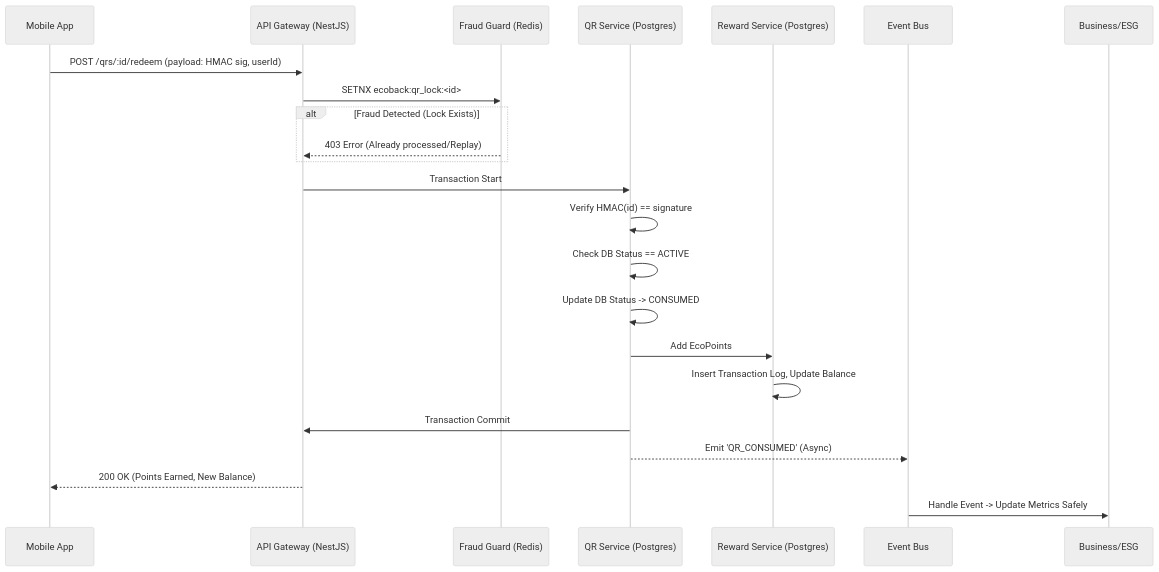
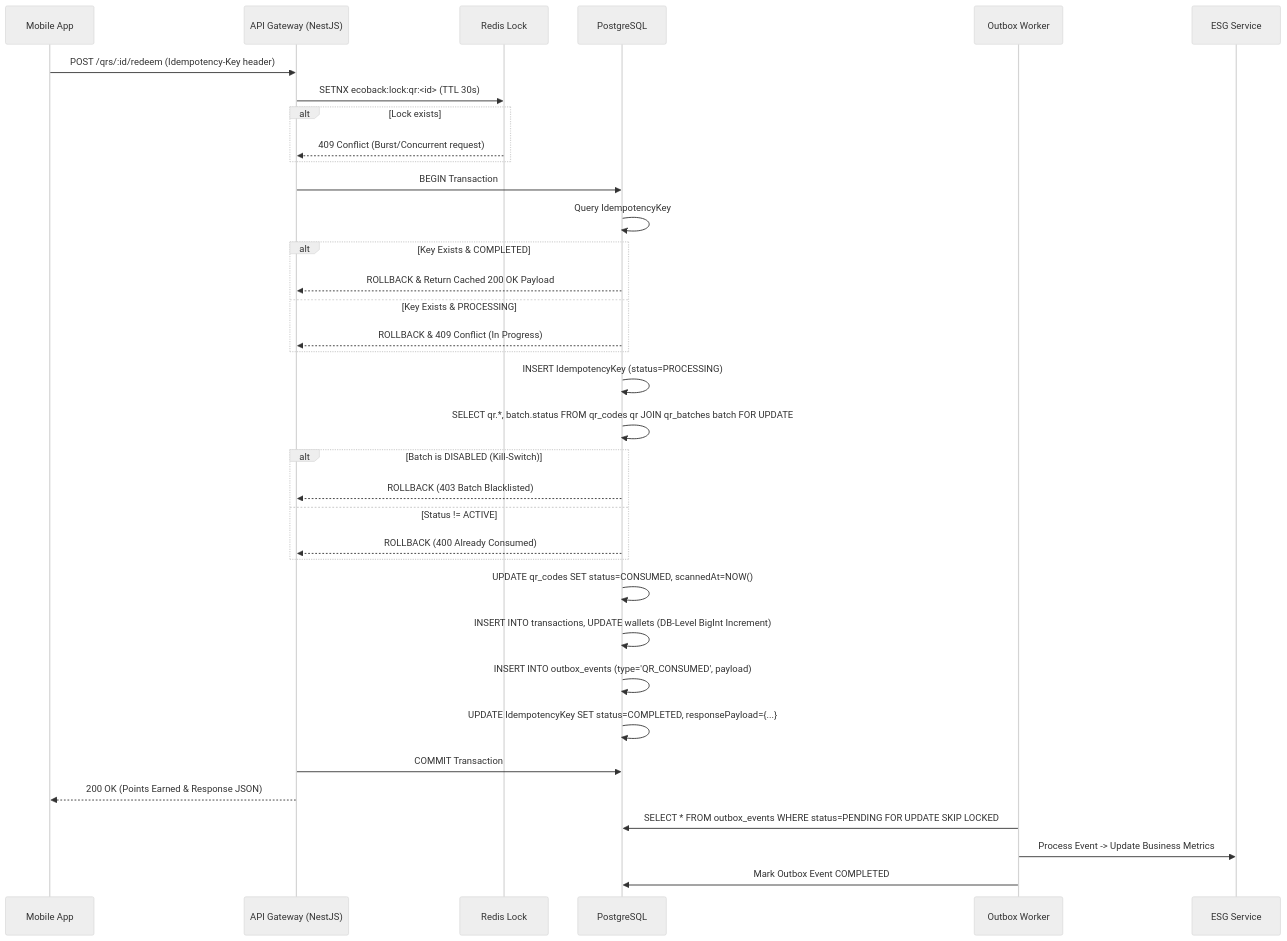
Before and after one commit to vansong2k5/Eco_Back: the diagram in docs/superpowers/specs/2026-04-08-ecoback-backend-design.md, drawn with Mermaid (neutral theme). The commit also changed other lines of this file and 79 other files, not shown here.

````diff
--- a/docs/superpowers/specs/2026-04-08-ecoback-backend-design.md
+++ b/docs/superpowers/specs/2026-04-08-ecoback-backend-design.md
@@ -13,25 +13,41 @@
 ```mermaid
 sequenceDiagram
     participant App as Mobile App
     participant API as API Gateway (NestJS)
-    participant Fraud as Fraud Guard (Redis)
-    participant QR as QR Service (Postgres)
-    participant Wallet as Reward Service (Postgres)
-    participant Event as Event Bus
+    participant Fraud as Redis Lock
+    participant DB as PostgreSQL
+    participant Worker as Outbox Worker
+    participant ESG as ESG Service
 
-    App->>API: POST /qrs/:id/redeem (payload: HMAC sig, userId)
-    API->>Fraud: SETNX ecoback:qr_lock:<id>
-    alt Fraud Detected (Lock Exists)
-        Fraud-->>API: 403 Error (Already processed/Replay)
+    App->>API: POST /qrs/:id/redeem (Idempotency-Key header)
+    API->>Fraud: SETNX ecoback:lock:qr:<id> (TTL 30s)
+    alt Lock exists
+        Fraud-->>API: 409 Conflict (Burst/Concurrent request)
     end
-    API->>QR: Transaction Start
-    QR->>QR: Verify HMAC(id) == signature
-    QR->>QR: Check DB Status == ACTIVE
-    QR->>QR: Update DB Status -> CONSUMED
-    QR->>Wallet: Add EcoPoints
-    Wallet->>Wallet: Insert Transaction Log, Update Balance
-    QR->>API: Transaction Commit
-    QR-->>Event: Emit 'QR_CONSUMED' (Async)
-    API-->>App: 200 OK (Points Earned, New Balance)
-    Event->>Business/ESG: Handle Event -> Update Metrics Safely
+    API->>DB: BEGIN Transaction
+    DB->>DB: Query IdempotencyKey
+    alt Key Exists & COMPLETED
+        DB-->>API: ROLLBACK & Return Cached 200 OK Payload
+    else Key Exists & PROCESSING
+        DB-->>API: ROLLBACK & 409 Conflict (In Progress)
+    end
+    DB->>DB: INSERT IdempotencyKey (status=PROCESSING)
+    
+    DB->>DB: SELECT qr.*, batch.status FROM qr_codes qr JOIN qr_batches batch FOR UPDATE
+    alt Batch is DISABLED (Kill-Switch)
+        DB-->>API: ROLLBACK (403 Batch Blacklisted)
+    else Status != ACTIVE
+        DB-->>API: ROLLBACK (400 Already Consumed)
+    end
+    
+    DB->>DB: UPDATE qr_codes SET status=CONSUMED, scannedAt=NOW()
+    DB->>DB: INSERT INTO transactions, UPDATE wallets (DB-Level BigInt Increment)
+    DB->>DB: INSERT INTO outbox_events (type='QR_CONSUMED', payload)
+    DB->>DB: UPDATE IdempotencyKey SET status=COMPLETED, responsePayload={...}
+    API->>DB: COMMIT Transaction
+    API-->>App: 200 OK (Points Earned & Response JSON)
+
+    Worker->>DB: SELECT * FROM outbox_events WHERE status=PENDING FOR UPDATE SKIP LOCKED
+    Worker->>ESG: Process Event -> Update Business Metrics
+    Worker->>DB: Mark Outbox Event COMPLETED
 ```
````
